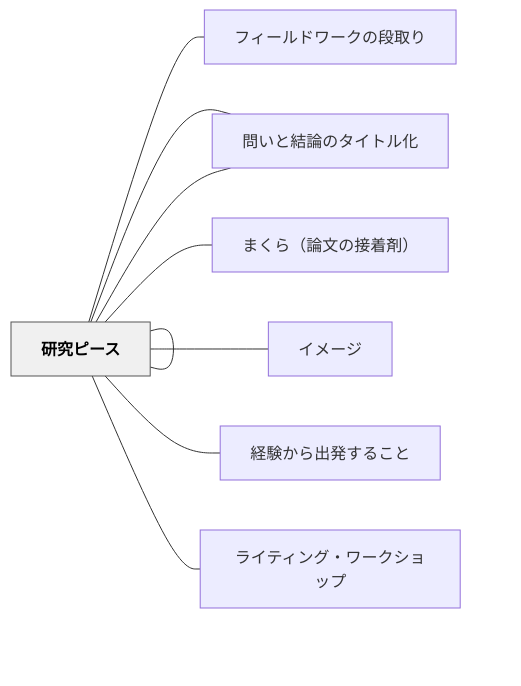
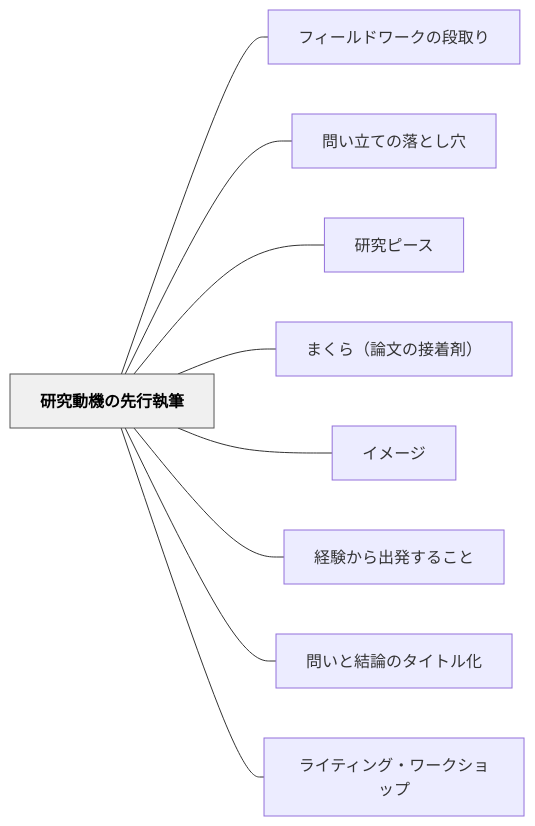
The diagram in content/パタン/研究動機の先行執筆.md (unknownthings-ed-patterns/unknownthings-ed-patterns), drawn with Mermaid before and after one commit. The commit also changed 527 other files, not shown here.

````diff
--- a/content/パタン/研究動機の先行執筆.md
+++ b/content/パタン/研究動機の先行執筆.md
@@ -98,24 +98,24 @@
 ```mermaid
 flowchart LR
-    ne7a094e7a9b6["研究動機の先行執筆"]
-    ne38395e382a3["フィールドワークの段取り"]
-    ne5958fe38184["問い立ての落とし穴"]
-    ne7a094e7a9b6["研究ピース"]
-    ne381bee3818f["まくら（論文の接着剤）"]
-    ne382a4e383a1["イメージ"]
-    ne7b58ce9a893["経験から出発すること"]
-    ne5958fe38184["問いと結論のタイトル化"]
-    ne383a9e382a4["ライティング・ワークショップ"]
+    ne7a094e7a9b6e58b95e6a99fe381aee58588e8a18ce59fb7e7ad86["研究動機の先行執筆"]
+    ne38395e382a3e383bce383abe38389e383afe383bce382afe381aee6aeb5e58f96e3828a["フィールドワークの段取り"]
+    ne5958fe38184e7ab8be381a6e381aee890bde381a8e38197e7a9b4["問い立ての落とし穴"]
+    ne7a094e7a9b6e38394e383bce382b9["研究ピース"]
+    ne381bee3818fe38289efbc88e8ab96e69687e381aee68ea5e79d80e589a4efbc89["まくら（論文の接着剤）"]
+    ne382a4e383a1e383bce382b8["イメージ"]
+    ne7b58ce9a893e3818be38289e587bae799bae38199e3828be38193e381a8["経験から出発すること"]
+    ne5958fe38184e381a8e7b590e8ab96e381aee382bfe382a4e38388e383abe58c96["問いと結論のタイトル化"]
+    ne383a9e382a4e38386e382a3e383b3e382b0e383bbe383afe383bce382afe382b7e383a7e38383e38397["ライティング・ワークショップ"]
 
-    ne7a094e7a9b6 --- ne38395e382a3
-    ne7a094e7a9b6 --- ne5958fe38184
-    ne7a094e7a9b6 --- ne7a094e7a9b6
-    ne7a094e7a9b6 --- ne381bee3818f
-    ne7a094e7a9b6 --- ne382a4e383a1
-    ne7a094e7a9b6 --- ne7b58ce9a893
-    ne7a094e7a9b6 --- ne5958fe38184
-    ne7a094e7a9b6 --- ne383a9e382a4
+    ne7a094e7a9b6e58b95e6a99fe381aee58588e8a18ce59fb7e7ad86 --- ne38395e382a3e383bce383abe38389e383afe383bce382afe381aee6aeb5e58f96e3828a
+    ne7a094e7a9b6e58b95e6a99fe381aee58588e8a18ce59fb7e7ad86 --- ne5958fe38184e7ab8be381a6e381aee890bde381a8e38197e7a9b4
+    ne7a094e7a9b6e58b95e6a99fe381aee58588e8a18ce59fb7e7ad86 --- ne7a094e7a9b6e38394e383bce382b9
+    ne7a094e7a9b6e58b95e6a99fe381aee58588e8a18ce59fb7e7ad86 --- ne381bee3818fe38289efbc88e8ab96e69687e381aee68ea5e79d80e589a4efbc89
+    ne7a094e7a9b6e58b95e6a99fe381aee58588e8a18ce59fb7e7ad86 --- ne382a4e383a1e383bce382b8
+    ne7a094e7a9b6e58b95e6a99fe381aee58588e8a18ce59fb7e7ad86 --- ne7b58ce9a893e3818be38289e587bae799bae38199e3828be38193e381a8
+    ne7a094e7a9b6e58b95e6a99fe381aee58588e8a18ce59fb7e7ad86 --- ne5958fe38184e381a8e7b590e8ab96e381aee382bfe382a4e38388e383abe58c96
+    ne7a094e7a9b6e58b95e6a99fe381aee58588e8a18ce59fb7e7ad86 --- ne383a9e382a4e38386e382a3e383b3e382b0e383bbe383afe383bce382afe382b7e383a7e38383e38397
 
     classDef hub fill:#f0f0f0,stroke:#555,color:#000,font-weight:bold
-    class ne7a094e7a9b6 hub
+    class ne7a094e7a9b6e58b95e6a99fe381aee58588e8a18ce59fb7e7ad86 hub
 ```
````
